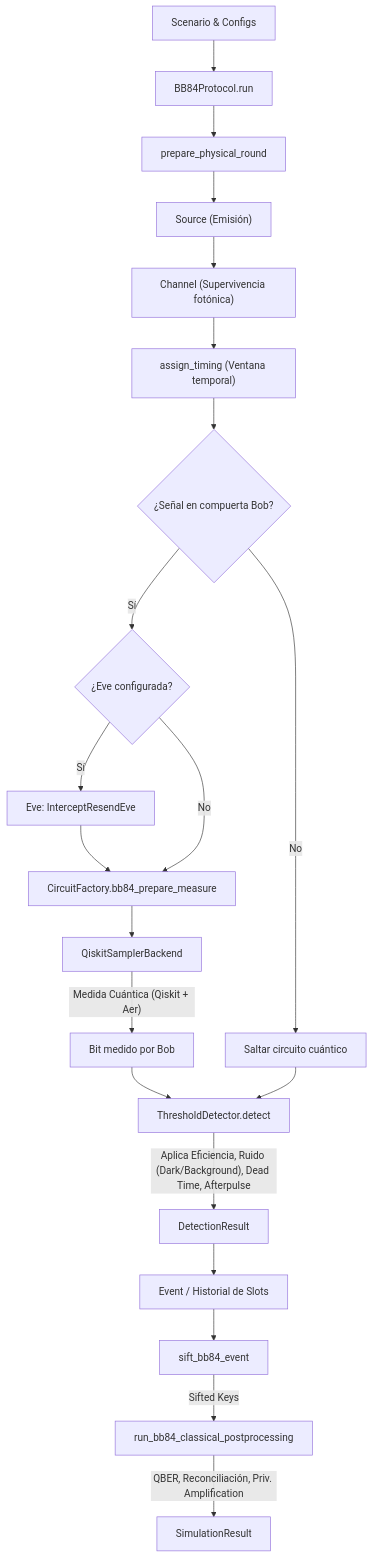
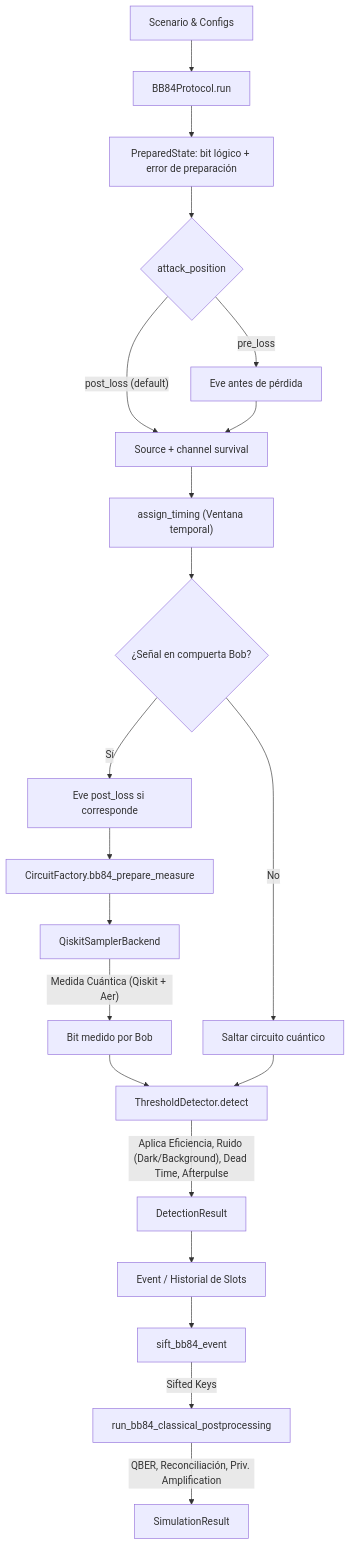
Before and after one commit to JaviCKP/qiskit-qkd: the diagram in DOCUMENTACION.md, drawn with Mermaid. The commit also changed other lines of this file and 97 other files, not shown here.

````diff
--- a/DOCUMENTACION.md
+++ b/DOCUMENTACION.md
@@ -42,28 +42,27 @@
 ```mermaid
 graph TD
     A["Scenario & Configs"] --> B["BB84Protocol.run"]
-    B --> C["prepare_physical_round"]
-    C --> D["Source (Emisión)"]
-    D --> E["Channel (Supervivencia fotónica)"]
-    E --> F["assign_timing (Ventana temporal)"]
-    
-    F --> G{"¿Señal en compuerta Bob?"}
-    G -->|"Sí"| H{"¿Eve configurada?"}
-    H -->|"Sí"| I["Eve: InterceptResendEve"]
+    B --> C["PreparedState: bit lógico + error de preparación"]
+    C --> D{"attack_position"}
+    D -->|"pre_loss"| E["Eve antes de pérdida"]
+    D -->|"post_loss (default)"| F["Source + channel survival"]
+    E --> F
+    F --> G["assign_timing (Ventana temporal)"]
+    G --> H{"¿Señal en compuerta Bob?"}
+    H -->|"Sí"| I["Eve post_loss si corresponde"]
     I --> J["CircuitFactory.bb84_prepare_measure"]
-    H -->|"No"| J
-    G -->|"No"| K["Saltar circuito cuántico"]
+    H -->|"No"| K["Saltar circuito cuántico"]
     
     J --> L["QiskitSamplerBackend"]
     L -->|"Medida Cuántica (Qiskit + Aer)"| M["Bit medido por Bob"]
     
     M --> N["ThresholdDetector.detect"]
     K --> N
     
     N -->|"Aplica Eficiencia, Ruido (Dark/Background), Dead Time, Afterpulse"| O["DetectionResult"]
     O --> P["Event / Historial de Slots"]
     
     P --> Q["sift_bb84_event"]
     Q -->|"Sifted Keys"| R["run_bb84_classical_postprocessing"]
     R -->|"QBER, Reconciliación, Priv. Amplification"| S["SimulationResult"]
 ```
````
